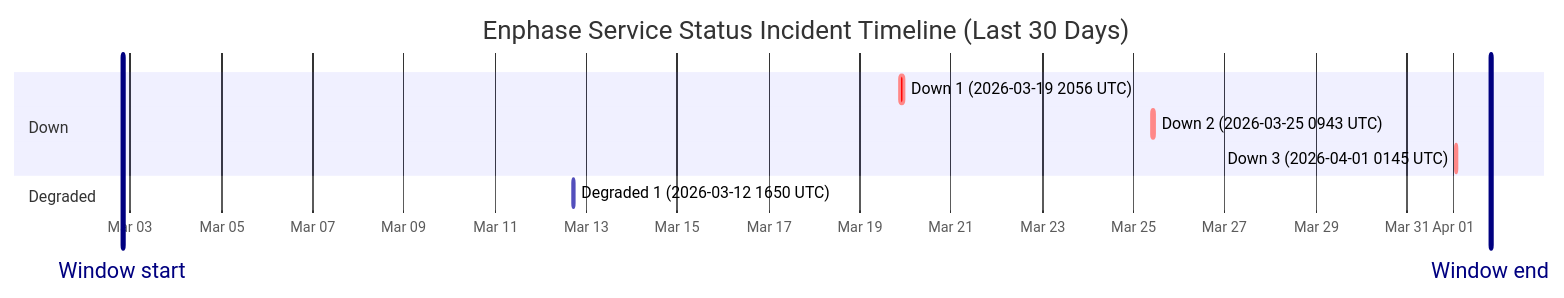
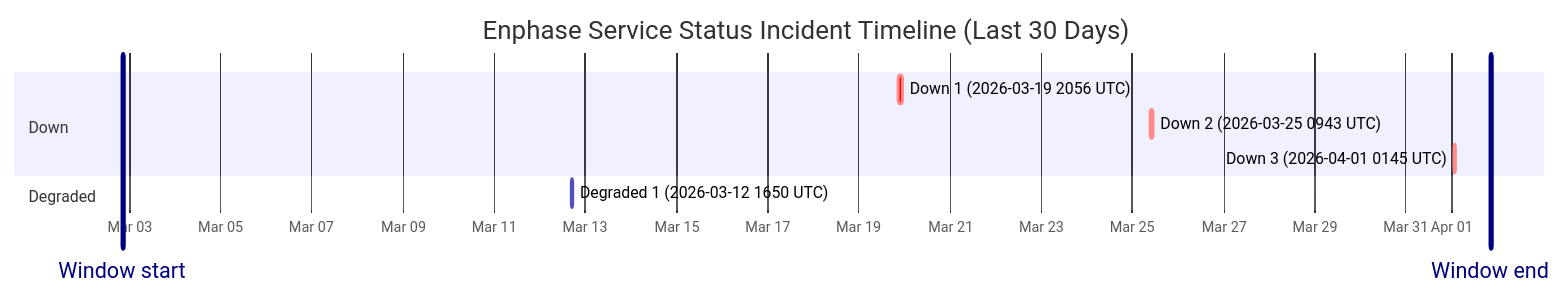
One commit to barneyonline/ha-enphase-ev-charger changed the diagram in wiki/Service-Status-History.md. Above: the diagram before and after it, drawn with Mermaid. The commit also changed other lines of this file and 3 other files, not shown here.

````diff
--- a/wiki/Service-Status-History.md
+++ b/wiki/Service-Status-History.md
@@ -14,14 +14,14 @@
 ```mermaid
 gantt
     title Enphase Service Status Incident Timeline (Last 30 Days)
     dateFormat  YYYY-MM-DDTHH:mm:ss
     axisFormat  %b %d
-    Window start :vert, window-start, 2026-03-02T19:52:35, 0ms
-    Window end :vert, window-end, 2026-04-01T19:52:35, 0ms
+    Window start :vert, window-start, 2026-03-02T20:35:14, 0ms
+    Window end :vert, window-end, 2026-04-01T20:35:14, 0ms
     section Down
     Down 1 (2026-03-19 2056 UTC) :crit, down-1, 2026-03-19T20:56:20, 145m
     Down 2 (2026-03-25 0943 UTC) :crit, down-2, 2026-03-25T09:43:28, 111m
     Down 3 (2026-04-01 0145 UTC) :crit, down-3, 2026-04-01T01:45:09, 60m
     section Degraded
     Degraded 1 (2026-03-12 1650 UTC) :active, degraded-1, 2026-03-12T16:50:43, 60m
 ```
````
